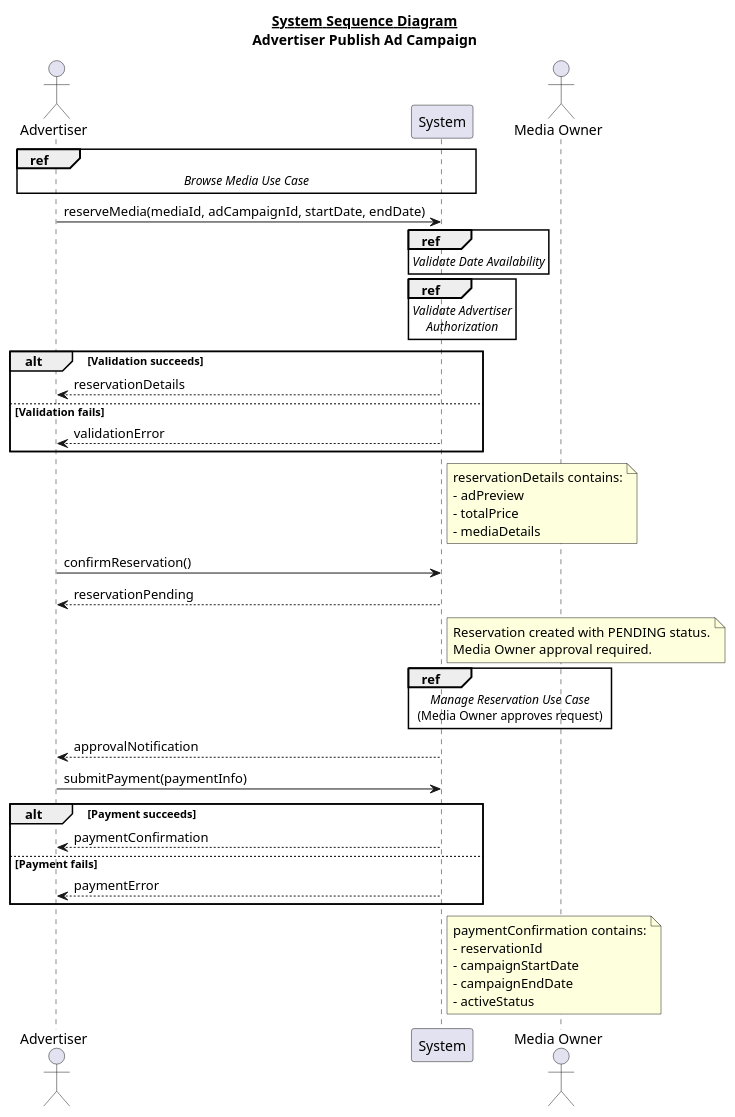
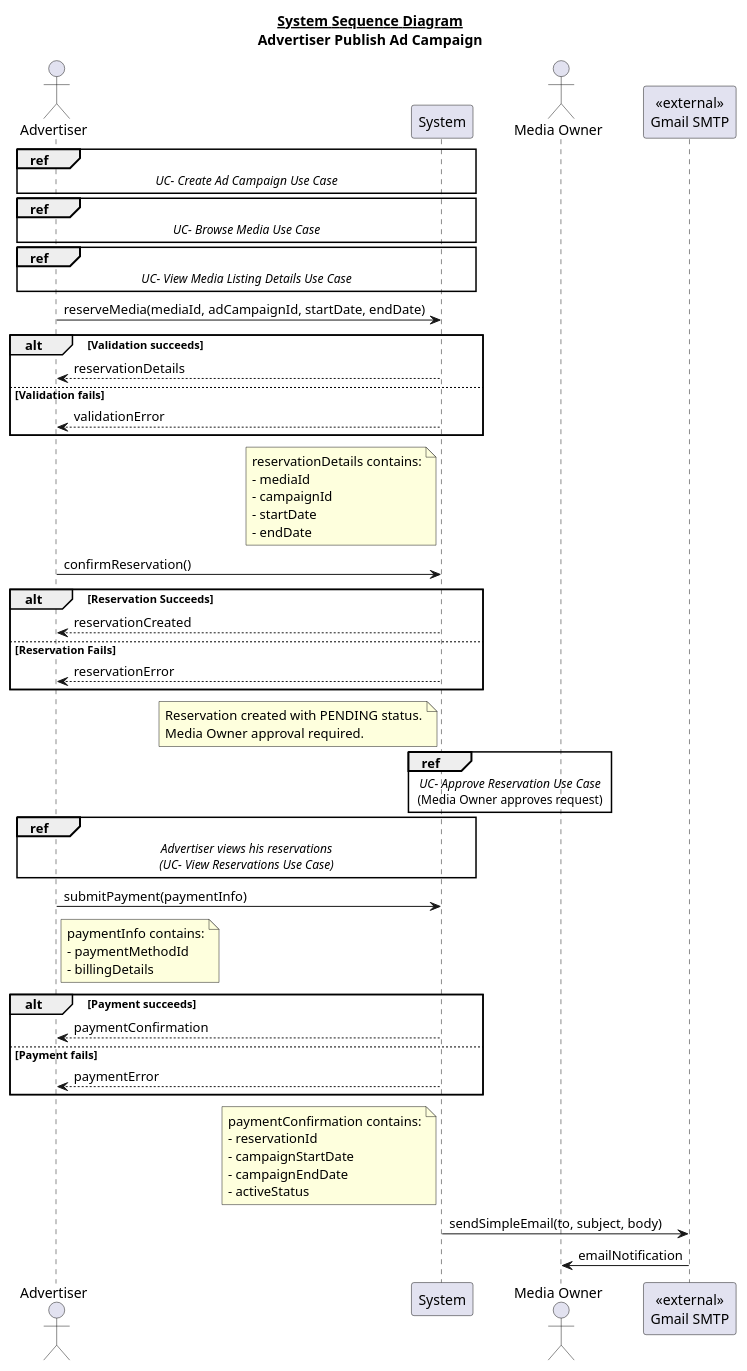
One commit to anvsult/envision-ad changed the diagram in docs/diagrams/sequence diagrams/system-level/publish-ad-campaign-SSD.puml. Above: the diagram before and after it, drawn with PlantUML. The commit also changed 6 other files, not shown here.

```diff
--- a/docs/diagrams/sequence diagrams/system-level/publish-ad-campaign-SSD.puml
+++ b/docs/diagrams/sequence diagrams/system-level/publish-ad-campaign-SSD.puml
@@ -1,69 +1,85 @@
 @startuml
 
 title <u>System Sequence Diagram</u>\nAdvertiser Publish Ad Campaign
 
 actor Advertiser
 participant System
 actor "Media Owner" as MediaOwner
+participant "<<external>>\nGmail SMTP" as GmailAPI
 
 ref over System, Advertiser
-    <i>Browse Media Use Case</i>
+    <i>UC- Create Ad Campaign Use Case</i>
+end ref
+ref over System, Advertiser
+    <i>UC- Browse Media Use Case</i>
+end ref
+ref over System, Advertiser
+    <i>UC- View Media Listing Details Use Case</i>
 end ref
 
 Advertiser -> System: reserveMedia(mediaId, adCampaignId, startDate, endDate)
 
-ref over System
-    <i>Validate Date Availability</i>
-end ref
-
-ref over System
-    <i>Validate Advertiser</i>
-    <i>Authorization</i>
-end ref
 
 alt Validation succeeds
     System --> Advertiser: reservationDetails
 else Validation fails
     System --> Advertiser: validationError
 end
+note left of System
+  reservationDetails contains:
+  - mediaId
+  - campaignId
+  - startDate
+  - endDate
+end note
 
-note right of System
-  reservationDetails contains:
-  - adPreview
-  - totalPrice
-  - mediaDetails
-end note
 
 Advertiser -> System: confirmReservation()
 
-System --> Advertiser: reservationPending
+alt Reservation Succeeds
+    System --> Advertiser: reservationCreated
+else Reservation Fails
+    System --> Advertiser: reservationError
+end
 
-note right of System
+
+note left of System
   Reservation created with PENDING status.
   Media Owner approval required.
 end note
 
 ref over System, MediaOwner
-    <i>Manage Reservation Use Case</i>
+    <i>UC- Approve Reservation Use Case</i>
     (Media Owner approves request)
 end ref
 
-System --> Advertiser: approvalNotification
+ref over System, Advertiser
+    <i>Advertiser views his reservations</i>
+    <i>(UC- View Reservations Use Case)</i>
+end ref
+
 
 Advertiser -> System: submitPayment(paymentInfo)
+note right of Advertiser
+  paymentInfo contains:
+  - paymentMethodId
+  - billingDetails
+end note
 
 alt Payment succeeds
     System --> Advertiser: paymentConfirmation
 else Payment fails
     System --> Advertiser: paymentError
 end
 
-note right of System
+note left of System
   paymentConfirmation contains:
   - reservationId
   - campaignStartDate
   - campaignEndDate
   - activeStatus
 end note
 
+System -> GmailAPI: sendSimpleEmail(to, subject, body)
+GmailAPI -> MediaOwner: emailNotification
 @enduml
```
